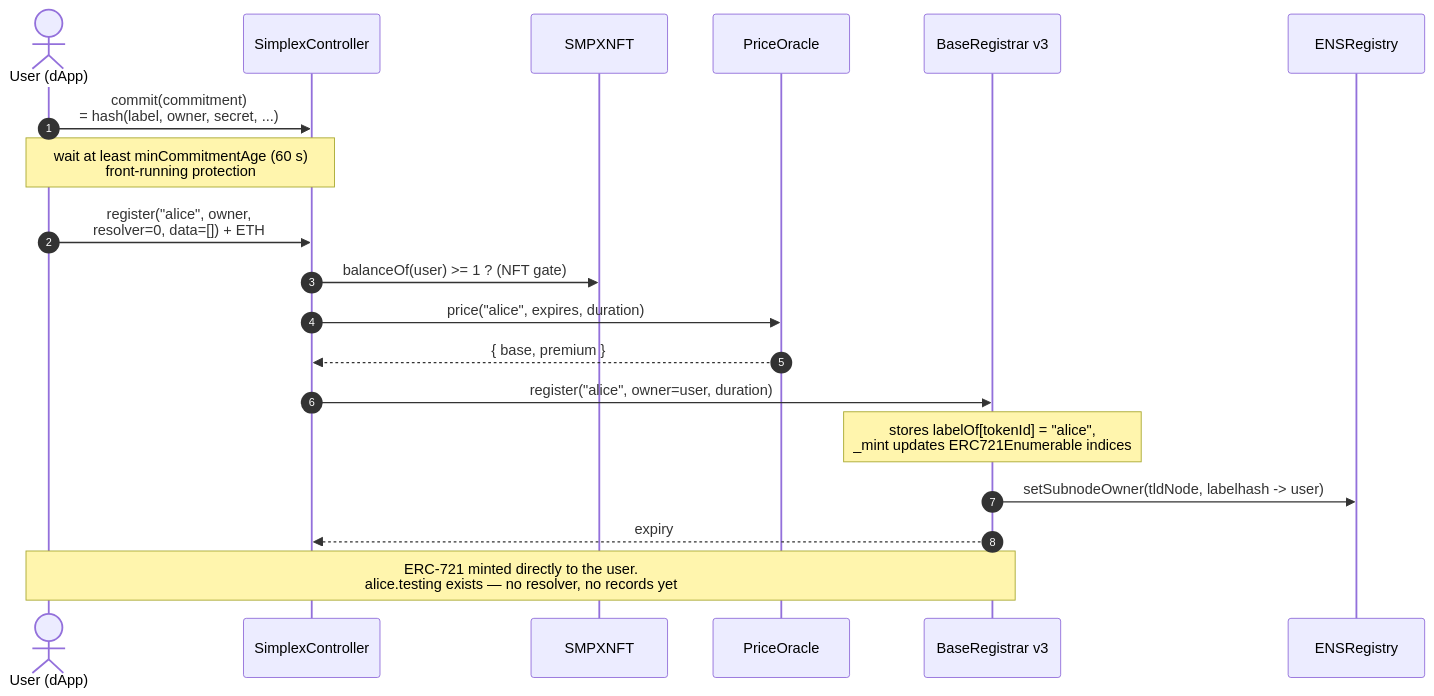
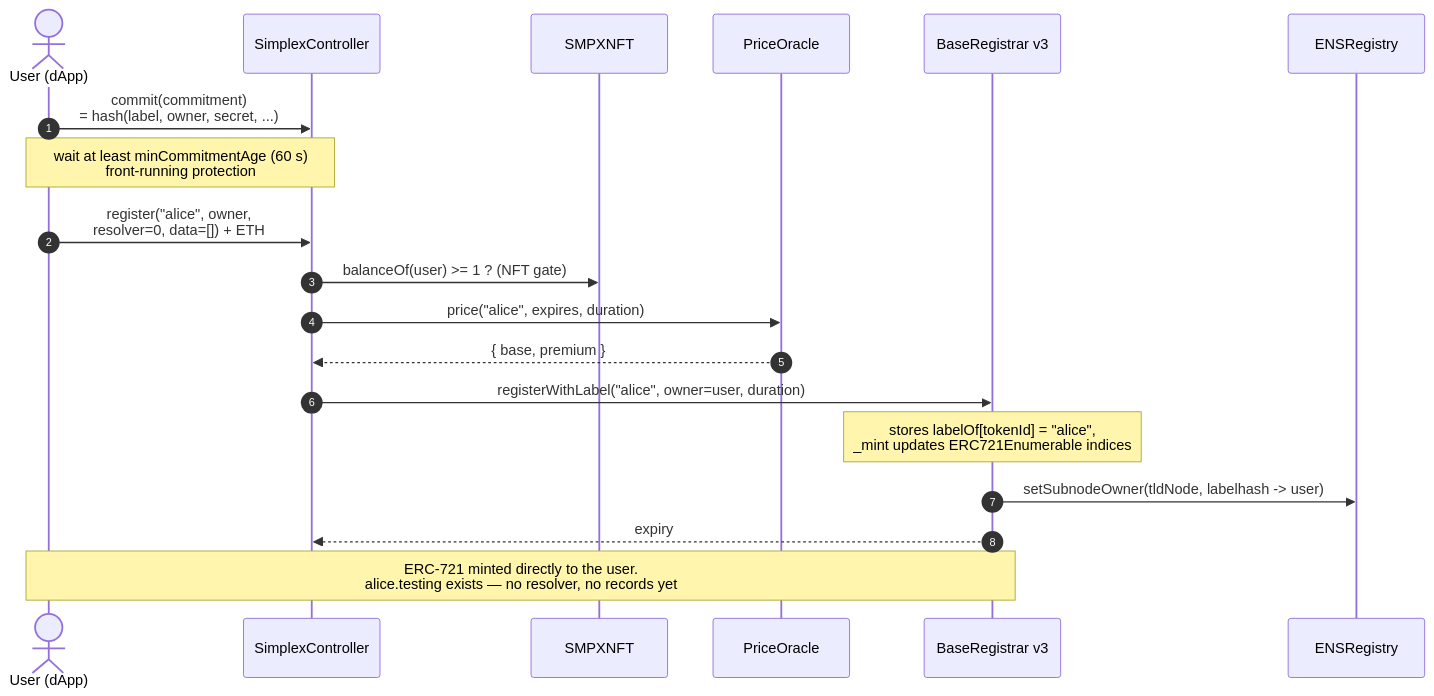
Before and after one commit to brenzi/simplex-namespace-contract: the first of 10 diagrams in docs/sequence-happy-flow.md, drawn with Mermaid. The commit also changed other lines of this file and 16 other files, not shown here.

````diff
--- a/docs/sequence-happy-flow.md
+++ b/docs/sequence-happy-flow.md
@@ -20,22 +21,22 @@
 ```mermaid
 sequenceDiagram
     autonumber
     actor U as User (dApp)
     participant C as SimplexController
     participant N as SMPXNFT
     participant O as PriceOracle
     participant B as BaseRegistrar v3
     participant R as ENSRegistry
 
     U->>C: commit(commitment)<br/>= hash(label, owner, secret, ...)
     note over U,C: wait at least minCommitmentAge (60 s)<br/>front-running protection
     U->>C: register("alice", owner,<br/>resolver=0, data=[]) + ETH
     C->>N: balanceOf(user) >= 1 ? (NFT gate)
     C->>O: price("alice", expires, duration)
     O-->>C: { base, premium }
-    C->>B: register("alice", owner=user, duration)
+    C->>B: registerWithLabel("alice", owner=user, duration)
     note over B: stores labelOf[tokenId] = "alice",<br/>_mint updates ERC721Enumerable indices
     B->>R: setSubnodeOwner(tldNode, labelhash -> user)
     B-->>C: expiry
     note over U,B: ERC-721 minted directly to the user.<br/>alice.testing exists — no resolver, no records yet
 ```
````
